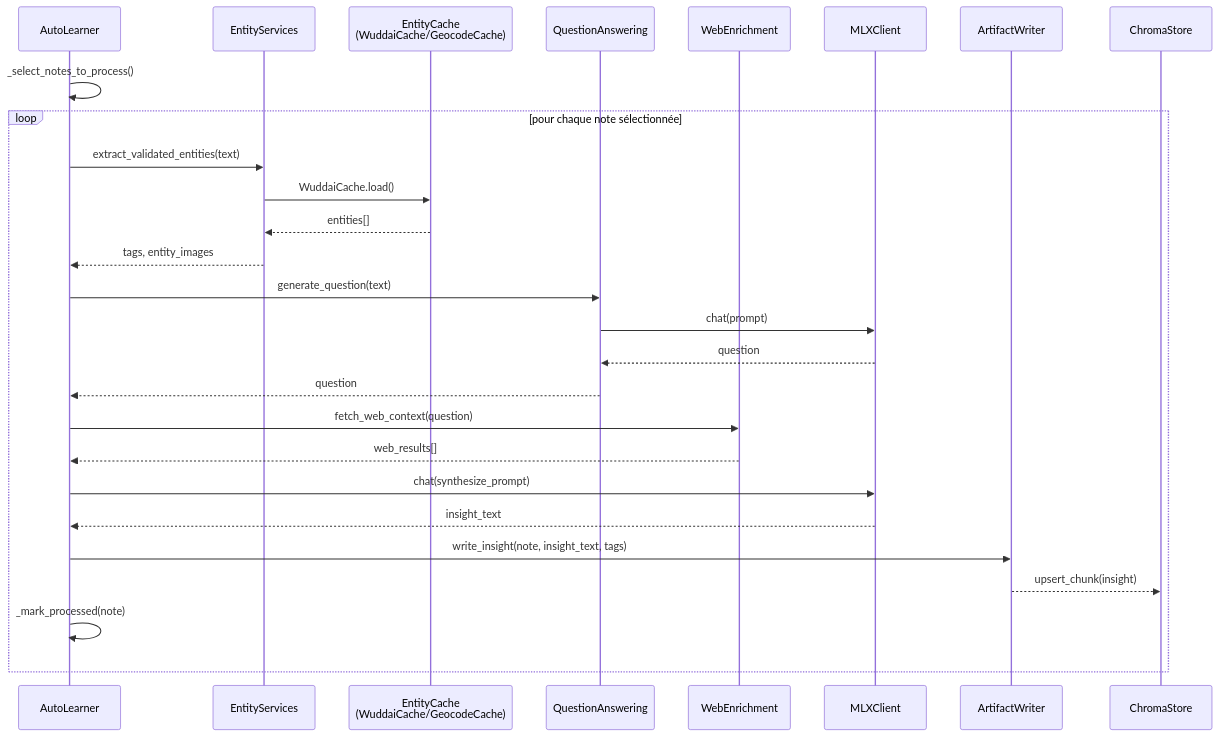
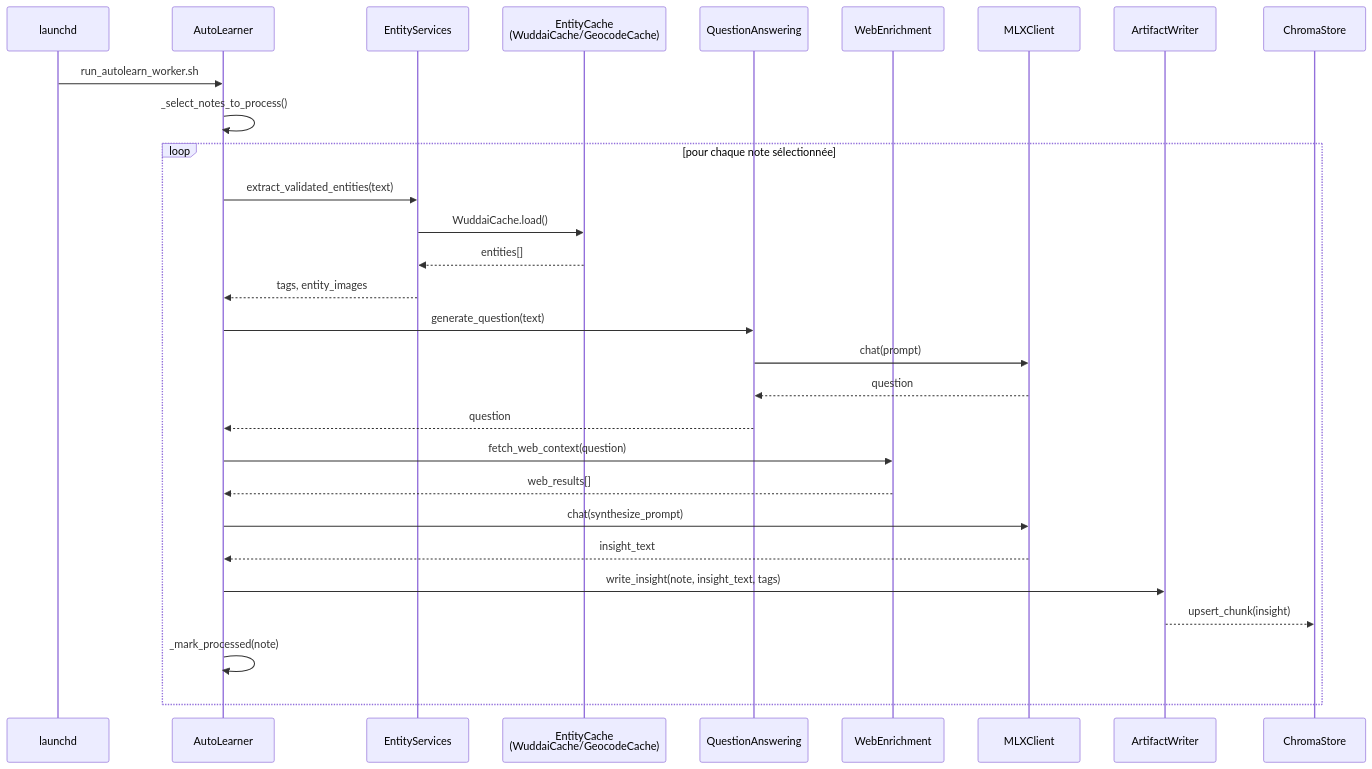
Before and after one commit to pat-the-geek/obsirag: the third of 4 diagrams in docs/sequence.md, drawn with Mermaid. The commit also changed other lines of this file and 24 other files, not shown here.

````diff
--- a/docs/sequence.md
+++ b/docs/sequence.md
@@ -77,30 +92,32 @@
 ```mermaid
 sequenceDiagram
+    participant LD as launchd
     participant AL as AutoLearner
     participant ES as EntityServices
     participant EC as EntityCache<br/>(WuddaiCache/GeocodeCache)
     participant QA as QuestionAnswering
     participant WE as WebEnrichment
     participant MLX as MLXClient
     participant AW as ArtifactWriter
     participant CS as ChromaStore
 
+    LD->>AL: run_autolearn_worker.sh
     AL->>AL: _select_notes_to_process()
     loop pour chaque note sélectionnée
         AL->>ES: extract_validated_entities(text)
         ES->>EC: WuddaiCache.load()
         EC-->>ES: entities[]
         ES-->>AL: tags, entity_images
         AL->>QA: generate_question(text)
         QA->>MLX: chat(prompt)
         MLX-->>QA: question
         QA-->>AL: question
         AL->>WE: fetch_web_context(question)
         WE-->>AL: web_results[]
         AL->>MLX: chat(synthesize_prompt)
         MLX-->>AL: insight_text
         AL->>AW: write_insight(note, insight_text, tags)
         AW-->>CS: upsert_chunk(insight)
         AL->>AL: _mark_processed(note)
     end
 ```
````
